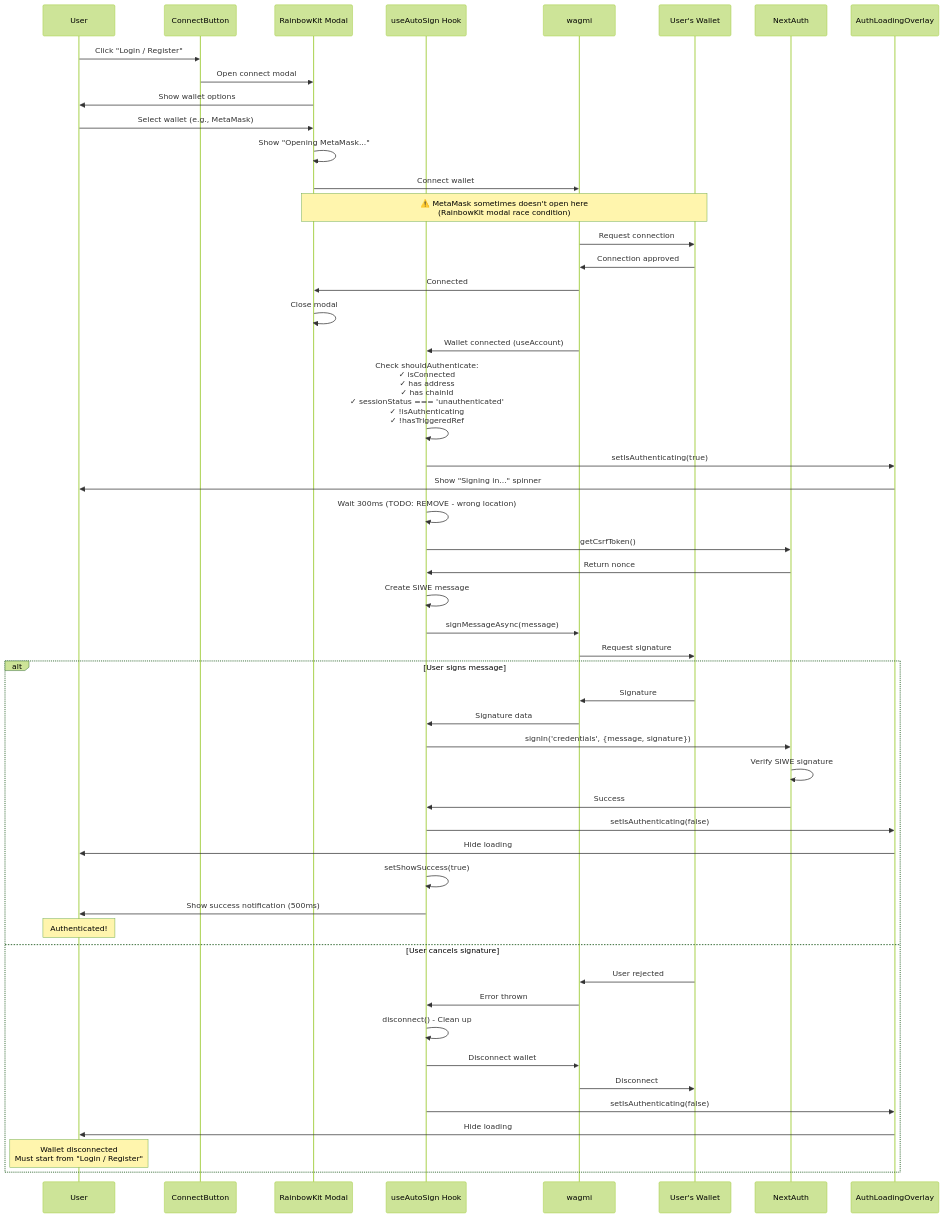
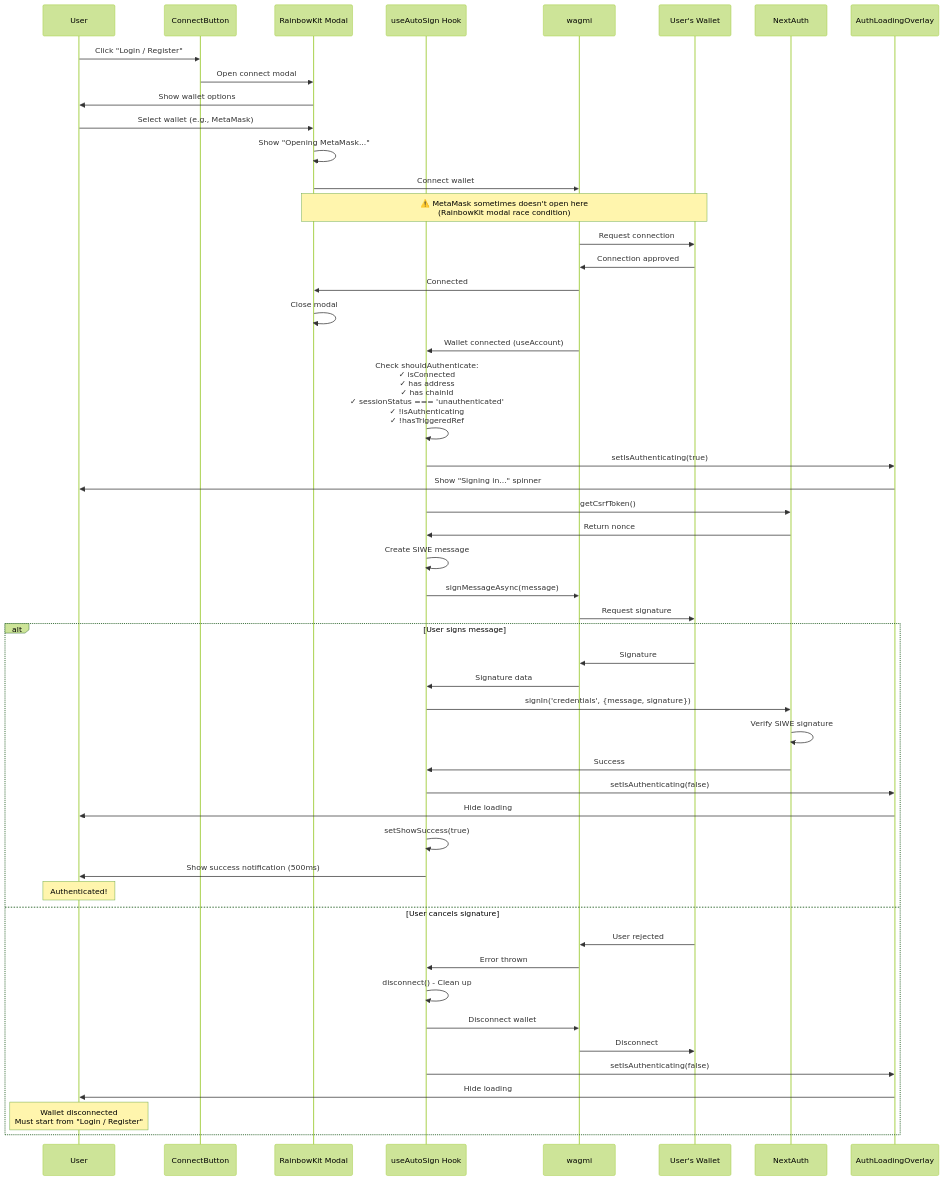
Before and after one commit to Gigentic/gigentic-escrow-minipay: the second of 3 diagrams in docs/AUTH_FLOW_V2.md, drawn with Mermaid (forest theme). The commit also changed other lines of this file and 3 other files, not shown here.

Commit message:
Refactor ConnectButton and useAutoSign hook; clean up wallet-auth.ts by removing commented code and unnecessary checks.

````diff
--- a/docs/AUTH_FLOW_V2.md
+++ b/docs/AUTH_FLOW_V2.md
@@ -44,64 +50,62 @@
 ```mermaid
 sequenceDiagram
     participant User
     participant Button as ConnectButton
     participant RKModal as RainbowKit Modal
     participant AutoSign as useAutoSign Hook
     participant Wagmi as wagmi
     participant Wallet as User's Wallet
     participant NextAuth
     participant Overlay as AuthLoadingOverlay
 
     User->>Button: Click "Login / Register"
     Button->>RKModal: Open connect modal
     RKModal->>User: Show wallet options
 
     User->>RKModal: Select wallet (e.g., MetaMask)
     RKModal->>RKModal: Show "Opening MetaMask..."
     RKModal->>Wagmi: Connect wallet
 
     Note over RKModal,Wallet: ⚠️ MetaMask sometimes doesn't open here<br/>(RainbowKit modal race condition)
 
     Wagmi->>Wallet: Request connection
     Wallet->>Wagmi: Connection approved
     Wagmi->>RKModal: Connected
     RKModal->>RKModal: Close modal
 
     Wagmi->>AutoSign: Wallet connected (useAccount)
 
     AutoSign->>AutoSign: Check shouldAuthenticate:<br/>✓ isConnected<br/>✓ has address<br/>✓ has chainId<br/>✓ sessionStatus === 'unauthenticated'<br/>✓ !isAuthenticating<br/>✓ !hasTriggeredRef
 
     AutoSign->>Overlay: setIsAuthenticating(true)
     Overlay->>User: Show "Signing in..." spinner
 
-    AutoSign->>AutoSign: Wait 300ms (TODO: REMOVE - wrong location)
-
     AutoSign->>NextAuth: getCsrfToken()
     NextAuth->>AutoSign: Return nonce
 
     AutoSign->>AutoSign: Create SIWE message
     AutoSign->>Wagmi: signMessageAsync(message)
     Wagmi->>Wallet: Request signature
 
     alt User signs message
         Wallet->>Wagmi: Signature
         Wagmi->>AutoSign: Signature data
         AutoSign->>NextAuth: signIn('credentials', {message, signature})
         NextAuth->>NextAuth: Verify SIWE signature
         NextAuth->>AutoSign: Success
         AutoSign->>Overlay: setIsAuthenticating(false)
         Overlay->>User: Hide loading
         AutoSign->>AutoSign: setShowSuccess(true)
         AutoSign->>User: Show success notification (500ms)
         Note over User: Authenticated!
     else User cancels signature
         Wallet->>Wagmi: User rejected
         Wagmi->>AutoSign: Error thrown
         AutoSign->>AutoSign: disconnect() - Clean up
         AutoSign->>Wagmi: Disconnect wallet
         Wagmi->>Wallet: Disconnect
         AutoSign->>Overlay: setIsAuthenticating(false)
         Overlay->>User: Hide loading
         Note over User: Wallet disconnected<br/>Must start from "Login / Register"
     end
 ```
````
